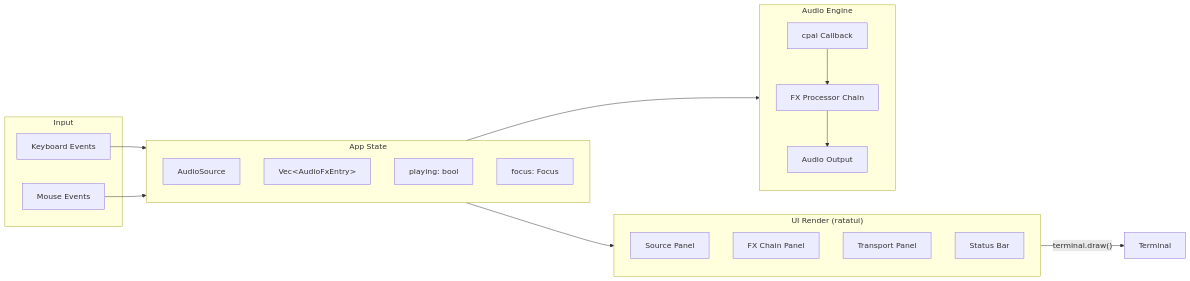
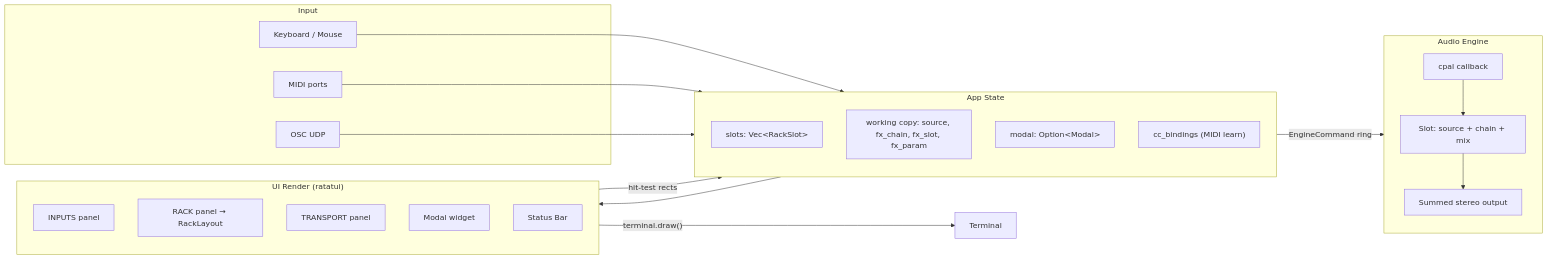
One commit to jacodelia/choz changed the fourth of 8 diagrams in docs/architecture.md. Above: the diagram before and after it, drawn with Mermaid. The commit also changed other lines of this file and 3 other files, not shown here.

````diff
--- a/docs/architecture.md
+++ b/docs/architecture.md
@@ -144,35 +195,39 @@
 ```mermaid
 flowchart LR
     subgraph Input
-        KB["Keyboard Events"]
-        Mouse["Mouse Events"]
+        KB["Keyboard / Mouse"]
+        MIDI["MIDI ports"]
+        OSC["OSC UDP"]
     end
 
     subgraph State["App State"]
-        SRC["AudioSource"]
-        FX["Vec&lt;AudioFxEntry&gt;"]
-        PLAY["playing: bool"]
-        FOCUS["focus: Focus"]
+        SLOTS["slots: Vec&lt;RackSlot&gt;"]
+        WORK["working copy: source, fx_chain, fx_slot, fx_param"]
+        MODAL["modal: Option&lt;Modal&gt;"]
+        CC["cc_bindings (MIDI learn)"]
     end
 
     subgraph Render["UI Render (ratatui)"]
-        SP["Source Panel"]
-        FXP["FX Chain Panel"]
-        TP["Transport Panel"]
+        IP["INPUTS panel"]
+        RP["RACK panel → RackLayout"]
+        TP["TRANSPORT panel"]
+        MD["Modal widget"]
         SB["Status Bar"]
     end
 
     subgraph Audio["Audio Engine"]
-        CB["cpal Callback"]
-        CHAIN["FX Processor Chain"]
-        OUT["Audio Output"]
+        CB["cpal callback"]
+        SLOT["Slot: source + chain + mix"]
+        OUT["Summed stereo output"]
     end
 
     KB --> State
-    Mouse --> State
+    MIDI --> State
+    OSC --> State
     State --> Render
-    State --> Audio
-    Render --> |"terminal.draw()"| Terminal
-    CHAIN --> OUT
-    CB --> CHAIN
+    State -->|EngineCommand ring| Audio
+    Render -->|"terminal.draw()"| Terminal
+    Render -->|hit-test rects| State
+    SLOT --> OUT
+    CB --> SLOT
 ```
````
